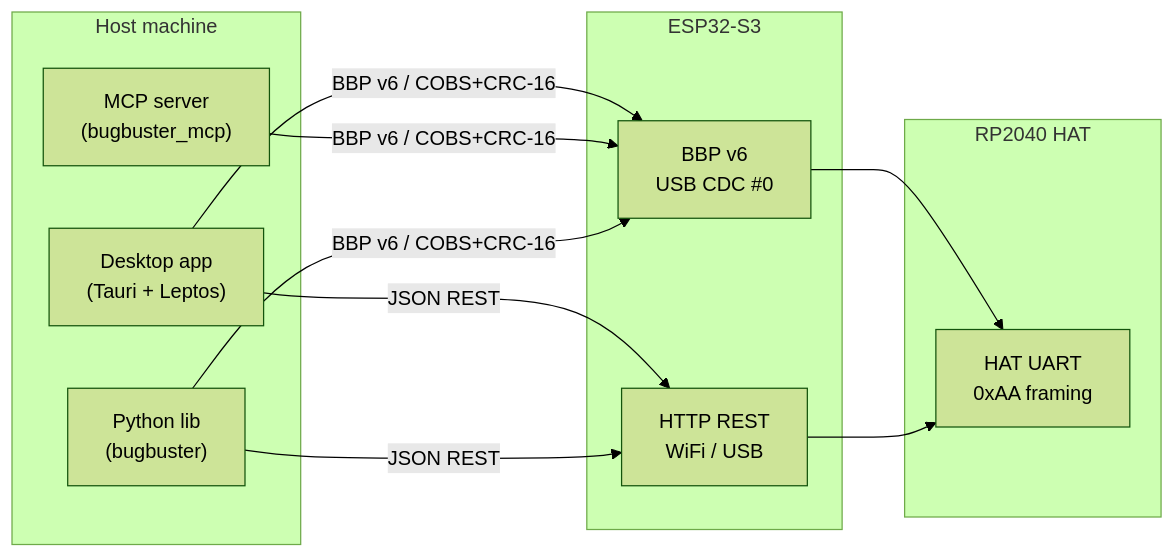
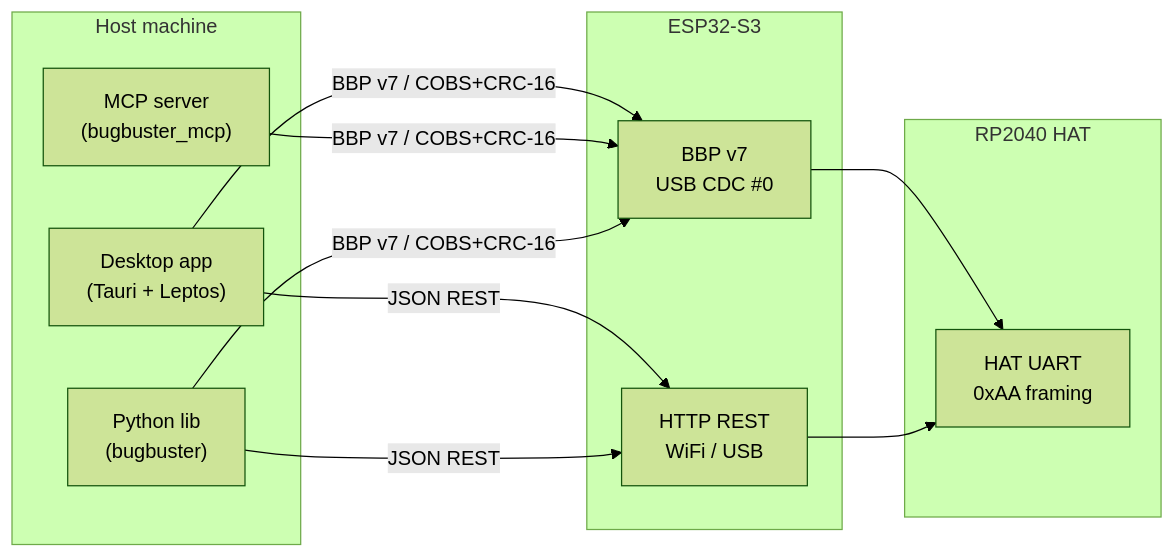
One commit to lollokara/BugBuster changed the second of 2 diagrams in README.md. Above: the diagram before and after it, drawn with Mermaid (forest theme). The commit also changed other lines of this file and 26 other files, not shown here.

````diff
--- a/README.md
+++ b/README.md
@@ -142,27 +142,27 @@
 ```mermaid
 flowchart LR
   subgraph Host["Host machine"]
     Desktop["Desktop app\n(Tauri + Leptos)"]
     MCP["MCP server\n(bugbuster_mcp)"]
     PyLib["Python lib\n(bugbuster)"]
   end
 
   subgraph ESP["ESP32-S3"]
-    BBP["BBP v6\nUSB CDC #0"]
+    BBP["BBP v7\nUSB CDC #0"]
     HTTP["HTTP REST\nWiFi / USB"]
   end
 
   subgraph HAT["RP2040 HAT"]
     UART["HAT UART\n0xAA framing"]
   end
 
-  Desktop -->|"BBP v6 / COBS+CRC-16"| BBP
-  MCP     -->|"BBP v6 / COBS+CRC-16"| BBP
-  PyLib   -->|"BBP v6 / COBS+CRC-16"| BBP
+  Desktop -->|"BBP v7 / COBS+CRC-16"| BBP
+  MCP     -->|"BBP v7 / COBS+CRC-16"| BBP
+  PyLib   -->|"BBP v7 / COBS+CRC-16"| BBP
 
   Desktop -->|"JSON REST"| HTTP
   PyLib   -->|"JSON REST"| HTTP
 
   BBP  --> UART
   HTTP --> UART
 ```
````
